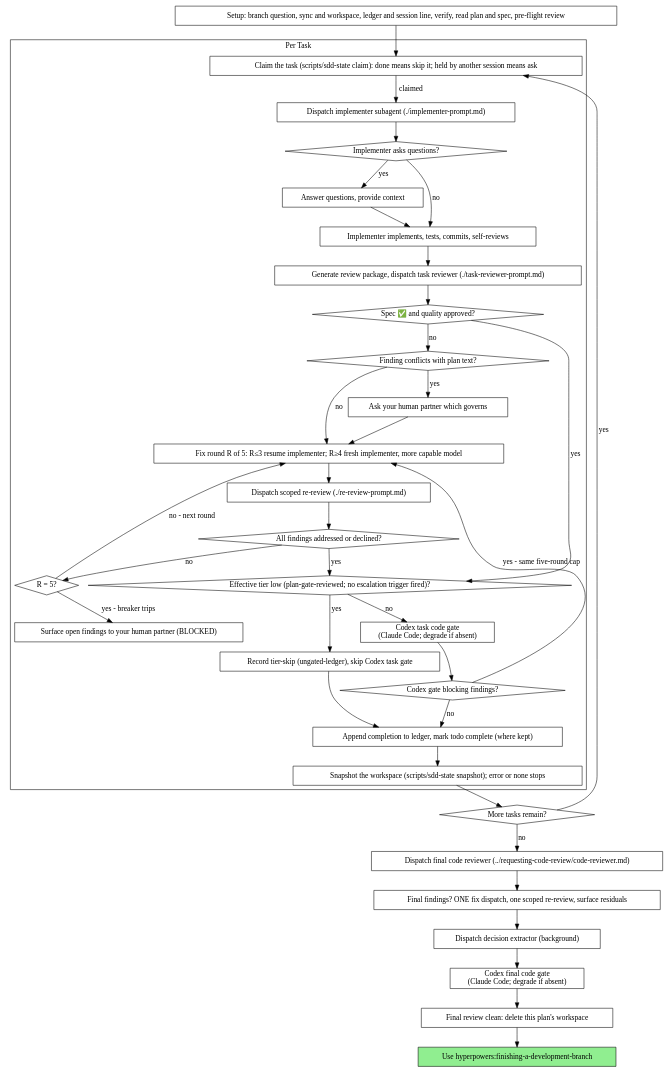
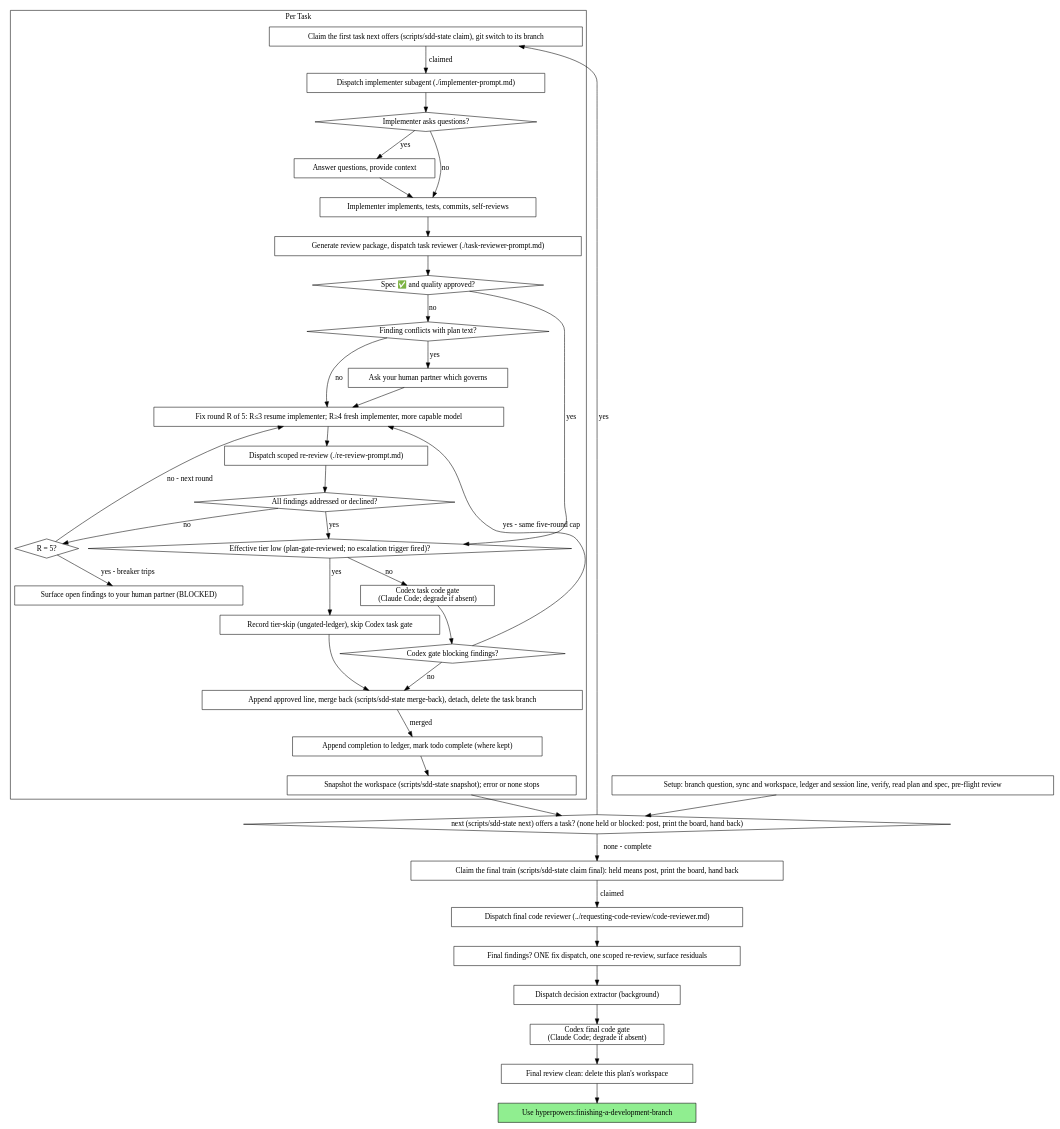
The second of 2 diagrams in skills/subagent-driven-development/SKILL.md (scott-arne/hyperpowers), drawn with Graphviz before and after one commit. The commit also changed other lines of this file and 2 other files, not shown here.

Commit message:
docs(sdd): sessions register, take what next offers, merge back after the gate, post to the board when blocked, and claim the final train

````diff
--- a/skills/subagent-driven-development/SKILL.md
+++ b/skills/subagent-driven-development/SKILL.md
@@ -51,73 +51,77 @@
 ```dot
 digraph process {
     rankdir=TB;
 
     subgraph cluster_per_task {
         label="Per Task";
-        "Claim the task (scripts/sdd-state claim): done means skip it; held by another session means ask" [shape=box];
+        "Claim the first task next offers (scripts/sdd-state claim), git switch to its branch" [shape=box];
         "Dispatch implementer subagent (./implementer-prompt.md)" [shape=box];
         "Implementer asks questions?" [shape=diamond];
         "Answer questions, provide context" [shape=box];
         "Implementer implements, tests, commits, self-reviews" [shape=box];
         "Generate review package, dispatch task reviewer (./task-reviewer-prompt.md)" [shape=box];
         "Spec ✅ and quality approved?" [shape=diamond];
         "Finding conflicts with plan text?" [shape=diamond];
         "Ask your human partner which governs" [shape=box];
         "Fix round R of 5: R≤3 resume implementer; R≥4 fresh implementer, more capable model" [shape=box];
         "Dispatch scoped re-review (./re-review-prompt.md)" [shape=box];
         "All findings addressed or declined?" [shape=diamond];
         "R = 5?" [shape=diamond];
         "Surface open findings to your human partner (BLOCKED)" [shape=box];
         "Effective tier low (plan-gate-reviewed; no escalation trigger fired)?" [shape=diamond];
         "Record tier-skip (ungated-ledger), skip Codex task gate" [shape=box];
         "Codex task code gate\n(Claude Code; degrade if absent)" [shape=box];
         "Codex gate blocking findings?" [shape=diamond];
+        "Append approved line, merge back (scripts/sdd-state merge-back), detach, delete the task branch" [shape=box];
         "Append completion to ledger, mark todo complete (where kept)" [shape=box];
         "Snapshot the workspace (scripts/sdd-state snapshot); error or none stops" [shape=box];
     }
 
     "Setup: branch question, sync and workspace, ledger and session line, verify, read plan and spec, pre-flight review" [shape=box];
-    "More tasks remain?" [shape=diamond];
+    "next (scripts/sdd-state next) offers a task? (none held or blocked: post, print the board, hand back)" [shape=diamond];
+    "Claim the final train (scripts/sdd-state claim final): held means post, print the board, hand back" [shape=box];
     "Dispatch final code reviewer (../requesting-code-review/code-reviewer.md)" [shape=box];
     "Final findings? ONE fix dispatch, one scoped re-review, surface residuals" [shape=box];
     "Dispatch decision extractor (background)" [shape=box];
     "Codex final code gate\n(Claude Code; degrade if absent)" [shape=box];
     "Final review clean: delete this plan's workspace" [shape=box];
     "Use hyperpowers:finishing-a-development-branch" [shape=box style=filled fillcolor=lightgreen];
 
-    "Setup: branch question, sync and workspace, ledger and session line, verify, read plan and spec, pre-flight review" -> "Claim the task (scripts/sdd-state claim): done means skip it; held by another session means ask";
-    "Claim the task (scripts/sdd-state claim): done means skip it; held by another session means ask" -> "Dispatch implementer subagent (./implementer-prompt.md)" [label="claimed"];
+    "Setup: branch question, sync and workspace, ledger and session line, verify, read plan and spec, pre-flight review" -> "next (scripts/sdd-state next) offers a task? (none held or blocked: post, print the board, hand back)";
+    "next (scripts/sdd-state next) offers a task? (none held or blocked: post, print the board, hand back)" -> "Claim the first task next offers (scripts/sdd-state claim), git switch to its branch" [label="yes"];
+    "Claim the first task next offers (scripts/sdd-state claim), git switch to its branch" -> "Dispatch implementer subagent (./implementer-prompt.md)" [label="claimed"];
     "Dispatch implementer subagent (./implementer-prompt.md)" -> "Implementer asks questions?";
     "Implementer asks questions?" -> "Answer questions, provide context" [label="yes"];
     "Answer questions, provide context" -> "Implementer implements, tests, commits, self-reviews";
     "Implementer asks questions?" -> "Implementer implements, tests, commits, self-reviews" [label="no"];
     "Implementer implements, tests, commits, self-reviews" -> "Generate review package, dispatch task reviewer (./task-reviewer-prompt.md)";
     "Generate review package, dispatch task reviewer (./task-reviewer-prompt.md)" -> "Spec ✅ and quality approved?";
     "Spec ✅ and quality approved?" -> "Effective tier low (plan-gate-reviewed; no escalation trigger fired)?" [label="yes"];
     "Spec ✅ and quality approved?" -> "Finding conflicts with plan text?" [label="no"];
     "Finding conflicts with plan text?" -> "Ask your human partner which governs" [label="yes"];
     "Ask your human partner which governs" -> "Fix round R of 5: R≤3 resume implementer; R≥4 fresh implementer, more capable model";
     "Finding conflicts with plan text?" -> "Fix round R of 5: R≤3 resume implementer; R≥4 fresh implementer, more capable model" [label="no"];
     "Fix round R of 5: R≤3 resume implementer; R≥4 fresh implementer, more capable model" -> "Dispatch scoped re-review (./re-review-prompt.md)";
     "Dispatch scoped re-review (./re-review-prompt.md)" -> "All findings addressed or declined?";
     "All findings addressed or declined?" -> "Effective tier low (plan-gate-reviewed; no escalation trigger fired)?" [label="yes"];
     "All findings addressed or declined?" -> "R = 5?" [label="no"];
     "R = 5?" -> "Fix round R of 5: R≤3 resume implementer; R≥4 fresh implementer, more capable model" [label="no - next round"];
     "R = 5?" -> "Surface open findings to your human partner (BLOCKED)" [label="yes - breaker trips"];
     "Effective tier low (plan-gate-reviewed; no escalation trigger fired)?" -> "Record tier-skip (ungated-ledger), skip Codex task gate" [label="yes"];
-    "Record tier-skip (ungated-ledger), skip Codex task gate" -> "Append completion to ledger, mark todo complete (where kept)";
+    "Record tier-skip (ungated-ledger), skip Codex task gate" -> "Append approved line, merge back (scripts/sdd-state merge-back), detach, delete the task branch";
     "Effective tier low (plan-gate-reviewed; no escalation trigger fired)?" -> "Codex task code gate\n(Claude Code; degrade if absent)" [label="no"];
     "Codex task code gate\n(Claude Code; degrade if absent)" -> "Codex gate blocking findings?";
     "Codex gate blocking findings?" -> "Fix round R of 5: R≤3 resume implementer; R≥4 fresh implementer, more capable model" [label="yes - same five-round cap"];
-    "Codex gate blocking findings?" -> "Append completion to ledger, mark todo complete (where kept)" [label="no"];
+    "Codex gate blocking findings?" -> "Append approved line, merge back (scripts/sdd-state merge-back), detach, delete the task branch" [label="no"];
+    "Append approved line, merge back (scripts/sdd-state merge-back), detach, delete the task branch" -> "Append completion to ledger, mark todo complete (where kept)" [label="merged"];
     "Append completion to ledger, mark todo complete (where kept)" -> "Snapshot the workspace (scripts/sdd-state snapshot); error or none stops";
-    "Snapshot the workspace (scripts/sdd-state snapshot); error or none stops" -> "More tasks remain?";
-    "More tasks remain?" -> "Claim the task (scripts/sdd-state claim): done means skip it; held by another session means ask" [label="yes"];
-    "More tasks remain?" -> "Dispatch final code reviewer (../requesting-code-review/code-reviewer.md)" [label="no"];
+    "Snapshot the workspace (scripts/sdd-state snapshot); error or none stops" -> "next (scripts/sdd-state next) offers a task? (none held or blocked: post, print the board, hand back)";
+    "next (scripts/sdd-state next) offers a task? (none held or blocked: post, print the board, hand back)" -> "Claim the final train (scripts/sdd-state claim final): held means post, print the board, hand back" [label="none - complete"];
+    "Claim the final train (scripts/sdd-state claim final): held means post, print the board, hand back" -> "Dispatch final code reviewer (../requesting-code-review/code-reviewer.md)" [label="claimed"];
     "Dispatch final code reviewer (../requesting-code-review/code-reviewer.md)" -> "Final findings? ONE fix dispatch, one scoped re-review, surface residuals";
     "Final findings? ONE fix dispatch, one scoped re-review, surface residuals" -> "Dispatch decision extractor (background)";
     "Dispatch decision extractor (background)" -> "Codex final code gate\n(Claude Code; degrade if absent)";
     "Codex final code gate\n(Claude Code; degrade if absent)" -> "Final review clean: delete this plan's workspace";
     "Final review clean: delete this plan's workspace" -> "Use hyperpowers:finishing-a-development-branch";
 }
 ```
````
